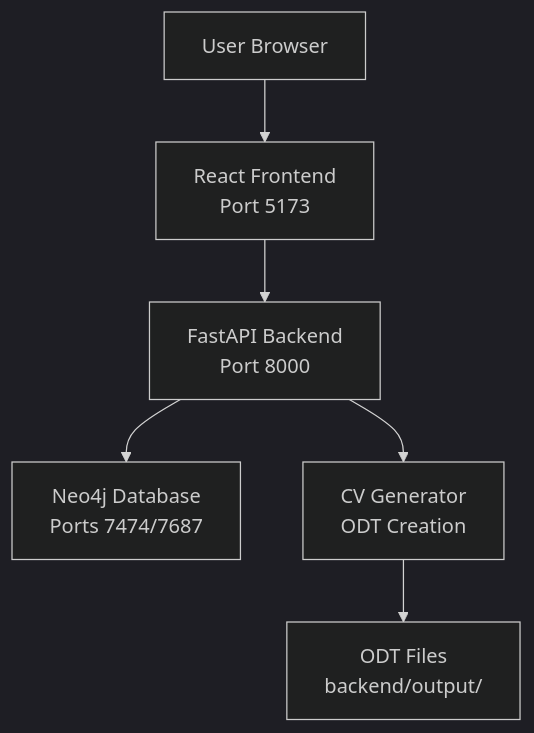
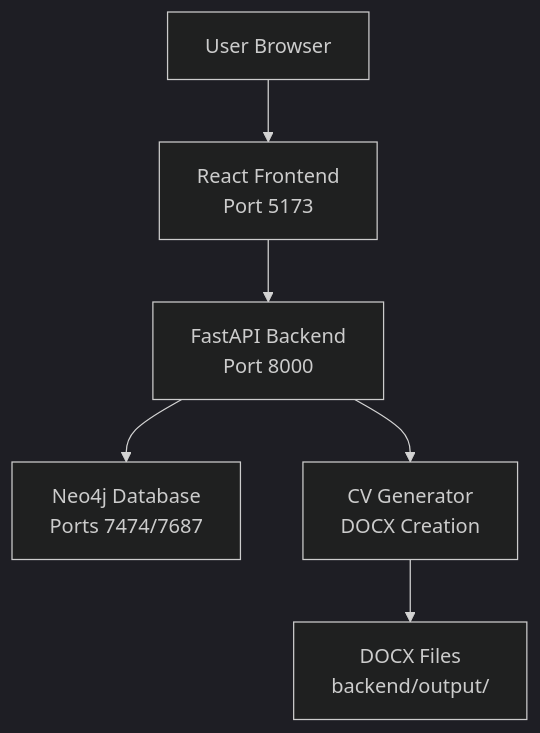
Before and after one commit to cocodedk/cv-generator: the diagram in docs/architecture/system-overview.md, drawn with Mermaid (dark theme). The commit also changed other lines of this file and 65 other files, not shown here.

````diff
--- a/docs/architecture/system-overview.md
+++ b/docs/architecture/system-overview.md
@@ -7,8 +7,8 @@
 ```mermaid
 graph TB
     User[User Browser] --> Frontend[React Frontend<br/>Port 5173]
     Frontend --> API[FastAPI Backend<br/>Port 8000]
     API --> Neo4j[Neo4j Database<br/>Ports 7474/7687]
-    API --> Generator[CV Generator<br/>ODT Creation]
-    Generator --> Files[ODT Files<br/>backend/output/]
+    API --> Generator[CV Generator<br/>DOCX Creation]
+    Generator --> Files[DOCX Files<br/>backend/output/]
 ```
````
